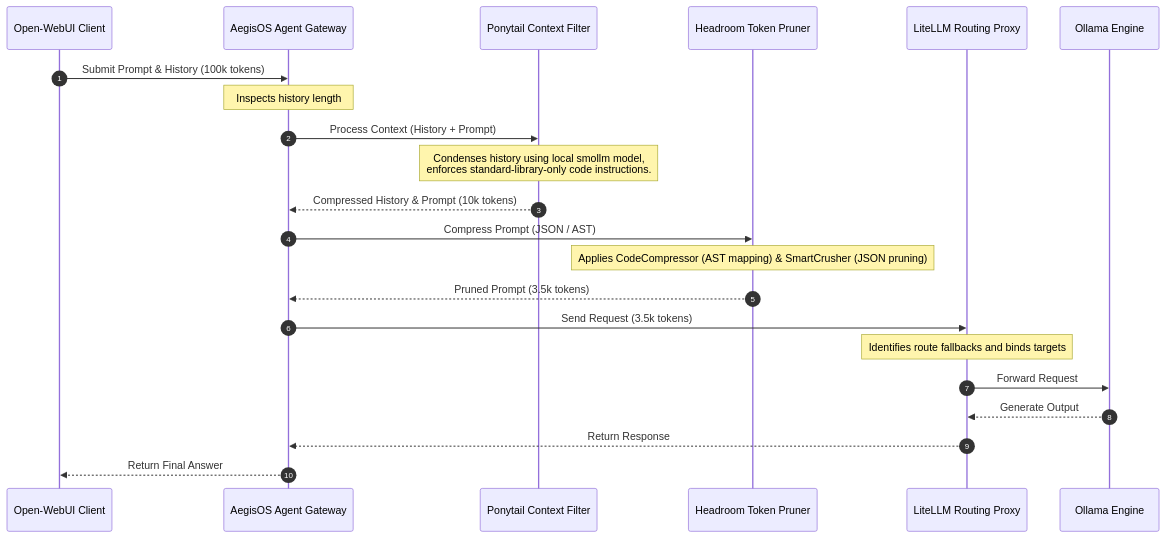
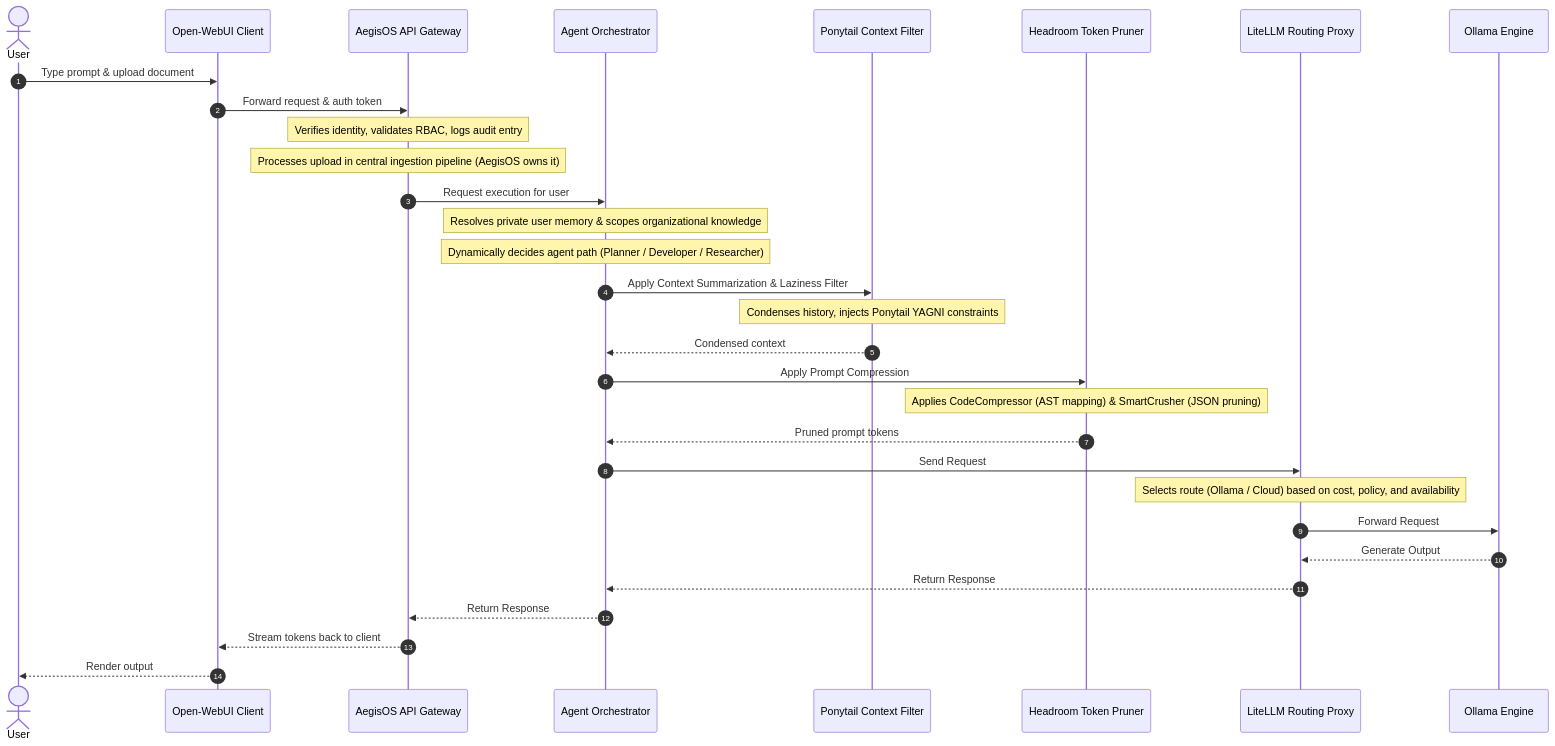
The second of 3 diagrams in docs/uawos_integration/04_integration_strategy.md (rjmad1/AegisOS), drawn with Mermaid before and after one commit. The commit also changed other lines of this file and 25 other files, not shown here.

````diff
--- a/docs/uawos_integration/04_integration_strategy.md
+++ b/docs/uawos_integration/04_integration_strategy.md
@@ -70,27 +72,36 @@
 ```mermaid
 sequenceDiagram
     autonumber
+    actor User
     participant UI as Open-WebUI Client
-    participant OC as AegisOS Agent Gateway
+    participant OC as AegisOS API Gateway
+    participant AG as Agent Orchestrator
     participant PT as Ponytail Context Filter
     participant HR as Headroom Token Pruner
     participant LL as LiteLLM Routing Proxy
     participant OL as Ollama Engine
 
-    UI->>OC: Submit Prompt & History (100k tokens)
-    Note over OC: Inspects history length
-    OC->>PT: Process Context (History + Prompt)
-    Note over PT: Condenses history using local smollm model,<br/>enforces standard-library-only code instructions.
-    PT-->>OC: Compressed History & Prompt (10k tokens)
+    User->>UI: Type prompt & upload document
+    UI->>OC: Forward request & auth token
+    Note over OC: Verifies identity, validates RBAC, logs audit entry
+    Note over OC: Processes upload in central ingestion pipeline (AegisOS owns it)
+    OC->>AG: Request execution for user
+    Note over AG: Resolves private user memory & scopes organizational knowledge
+    Note over AG: Dynamically decides agent path (Planner / Developer / Researcher)
+    AG->>PT: Apply Context Summarization & Laziness Filter
+    Note over PT: Condenses history, injects Ponytail YAGNI constraints
+    PT-->>AG: Condensed context
     
-    OC->>HR: Compress Prompt (JSON / AST)
+    AG->>HR: Apply Prompt Compression
     Note over HR: Applies CodeCompressor (AST mapping) & SmartCrusher (JSON pruning)
-    HR-->>OC: Pruned Prompt (3.5k tokens)
+    HR-->>AG: Pruned prompt tokens
     
-    OC->>LL: Send Request (3.5k tokens)
-    Note over LL: Identifies route fallbacks and binds targets
+    AG->>LL: Send Request
+    Note over LL: Selects route (Ollama / Cloud) based on cost, policy, and availability
     LL->>OL: Forward Request
     OL-->>LL: Generate Output
-    LL-->>OC: Return Response
-    OC-->>UI: Return Final Answer
+    LL-->>AG: Return Response
+    AG-->>OC: Return Response
+    OC-->>UI: Stream tokens back to client
+    UI-->>User: Render output
 ```
````
